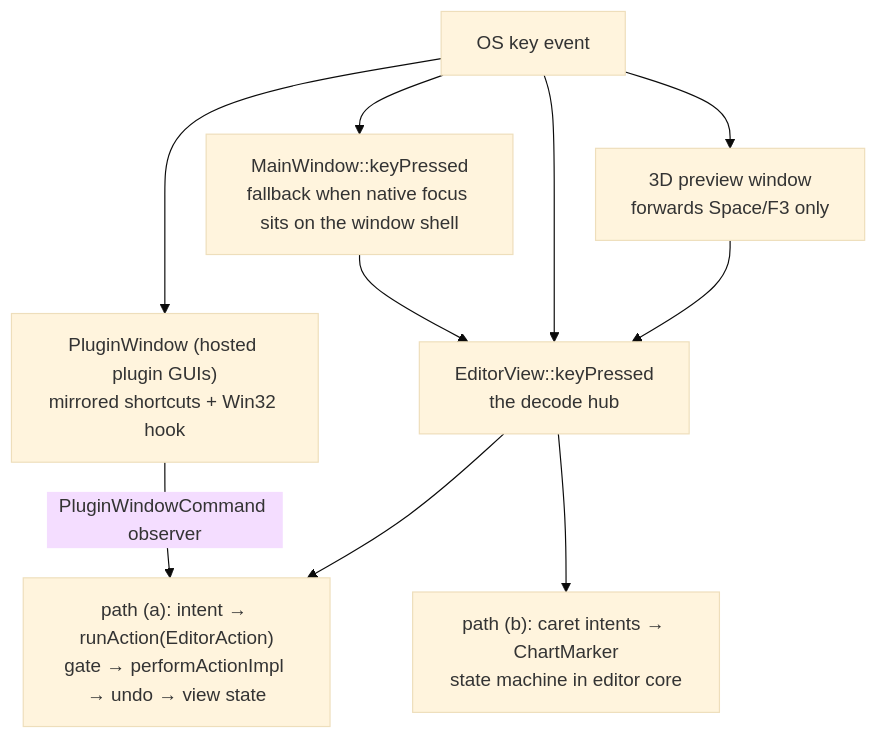
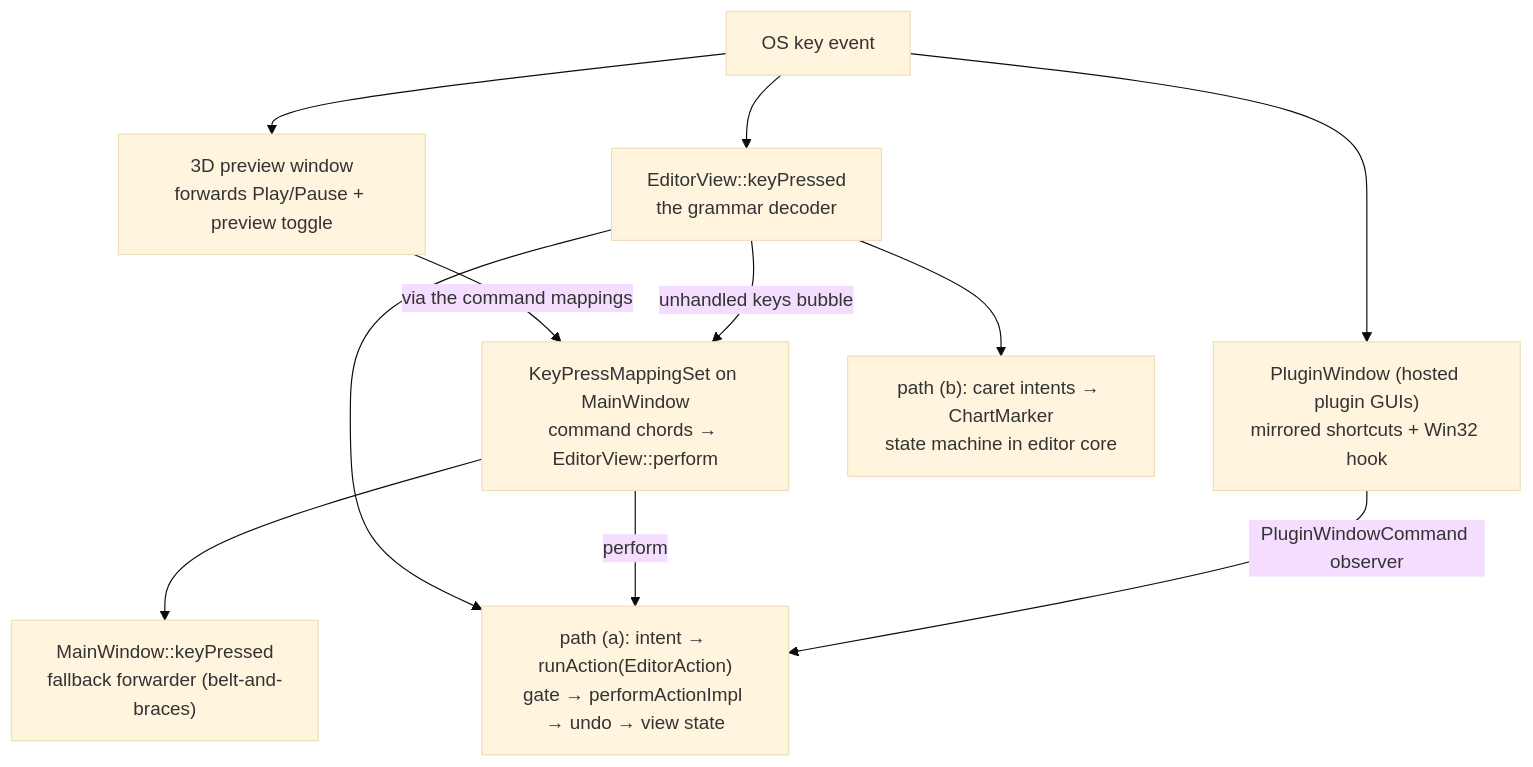
The diagram in docs/developer/keyboard-input.md (tnt-coders/RockHero), drawn with Mermaid (base theme) before and after one commit. The commit also changed other lines of this file and 17 other files, not shown here.

````diff
--- a/docs/developer/keyboard-input.md
+++ b/docs/developer/keyboard-input.md
@@ -14,22 +24,26 @@
 ```mermaid
 flowchart TB
     os["OS key event"]
+    ev["`EditorView::keyPressed
+    the grammar decoder`"]
+    kpms["`KeyPressMappingSet on MainWindow
+    command chords → EditorView::perform`"]
     mw["`MainWindow::keyPressed
-    fallback when native focus sits on the window shell`"]
-    ev["`EditorView::keyPressed
-    the decode hub`"]
+    fallback forwarder (belt-and-braces)`"]
     pw["`PluginWindow (hosted plugin GUIs)
     mirrored shortcuts + Win32 hook`"]
     pv["`3D preview window
-    forwards Space/F3 only`"]
+    forwards Play/Pause + preview toggle`"]
     action["`path (a): intent → runAction(EditorAction)
     gate → performActionImpl → undo → view state`"]
     caret["`path (b): caret intents → ChartMarker
     state machine in editor core`"]
-    os --> mw --> ev
     os --> ev
+    ev -- unhandled keys bubble --> kpms
+    kpms --> mw
     os --> pw -- PluginWindowCommand observer --> action
-    os --> pv --> ev
+    os --> pv -- via the command mappings --> kpms
+    kpms -- perform --> action
     ev --> action
     ev --> caret
 ```
````
